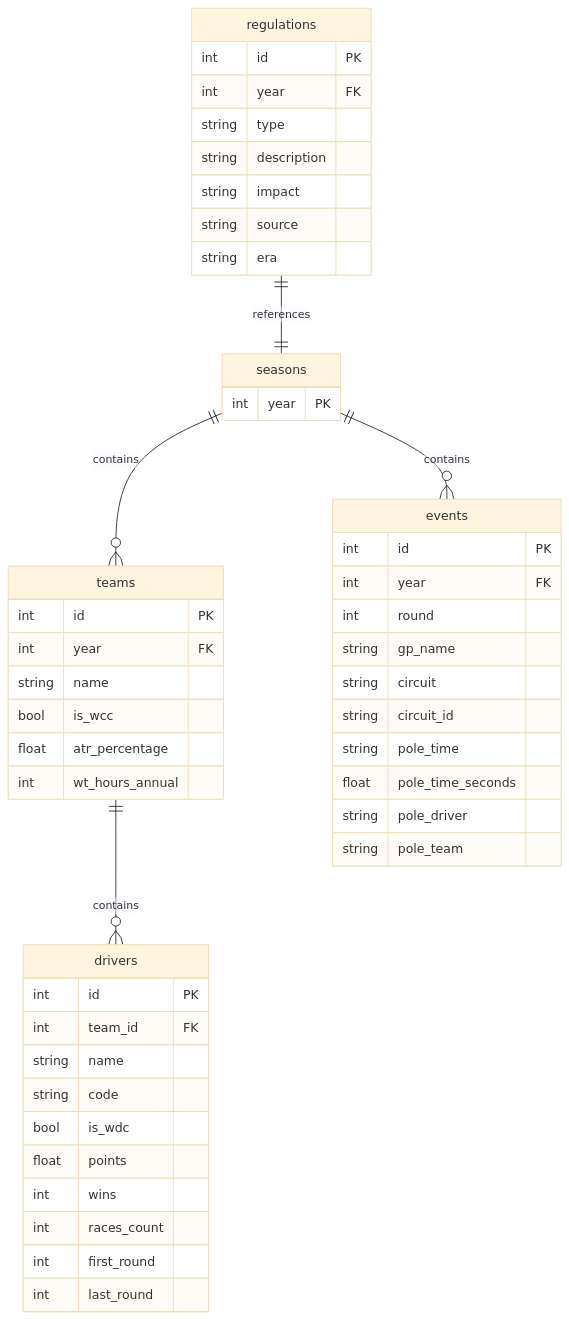
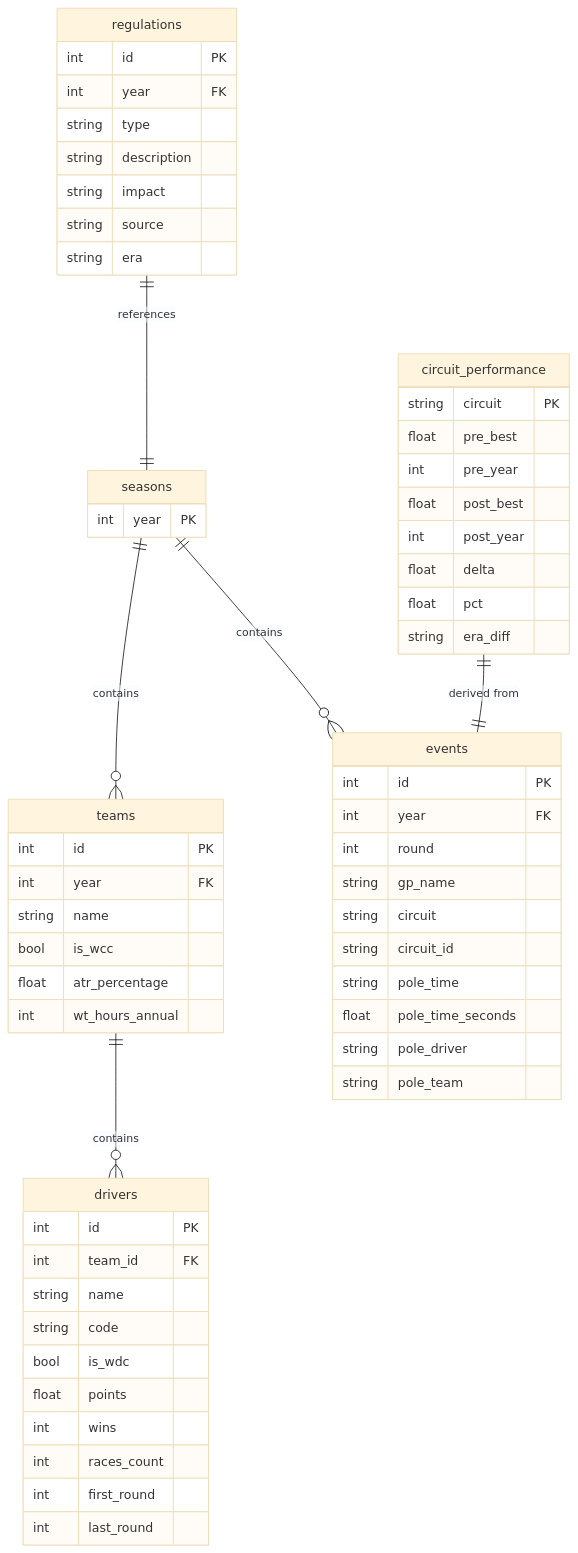
Before and after one commit to raff1031/DataMan-Bicocca-: the diagram in database_schema.md, drawn with Mermaid (base theme). The commit also changed other lines of this file, not shown here.

````diff
--- a/database_schema.md
+++ b/database_schema.md
@@ -17,56 +18,68 @@
 ```mermaid
 erDiagram
     seasons ||--o{ teams : contains
     teams ||--o{ drivers : contains
     seasons ||--o{ events : contains
     regulations ||--|| seasons : references
+    circuit_performance ||--|| events : "derived from"
 
     seasons {
         int year PK
     }
     
     teams {
         int id PK
         int year FK
         string name
         bool is_wcc
         float atr_percentage
         int wt_hours_annual
     }
     
     drivers {
         int id PK
         int team_id FK
         string name
         string code
         bool is_wdc
         float points
         int wins
         int races_count
         int first_round
         int last_round
     }
     
     events {
         int id PK
         int year FK
         int round
         string gp_name
         string circuit
         string circuit_id
         string pole_time
         float pole_time_seconds
         string pole_driver
         string pole_team
     }
     
     regulations {
         int id PK
         int year FK
         string type
         string description
         string impact
         string source
         string era
     }
+    
+    circuit_performance {
+        string circuit PK
+        float pre_best
+        int pre_year
+        float post_best
+        int post_year
+        float delta
+        float pct
+        string era_diff
+    }
 ```
````
